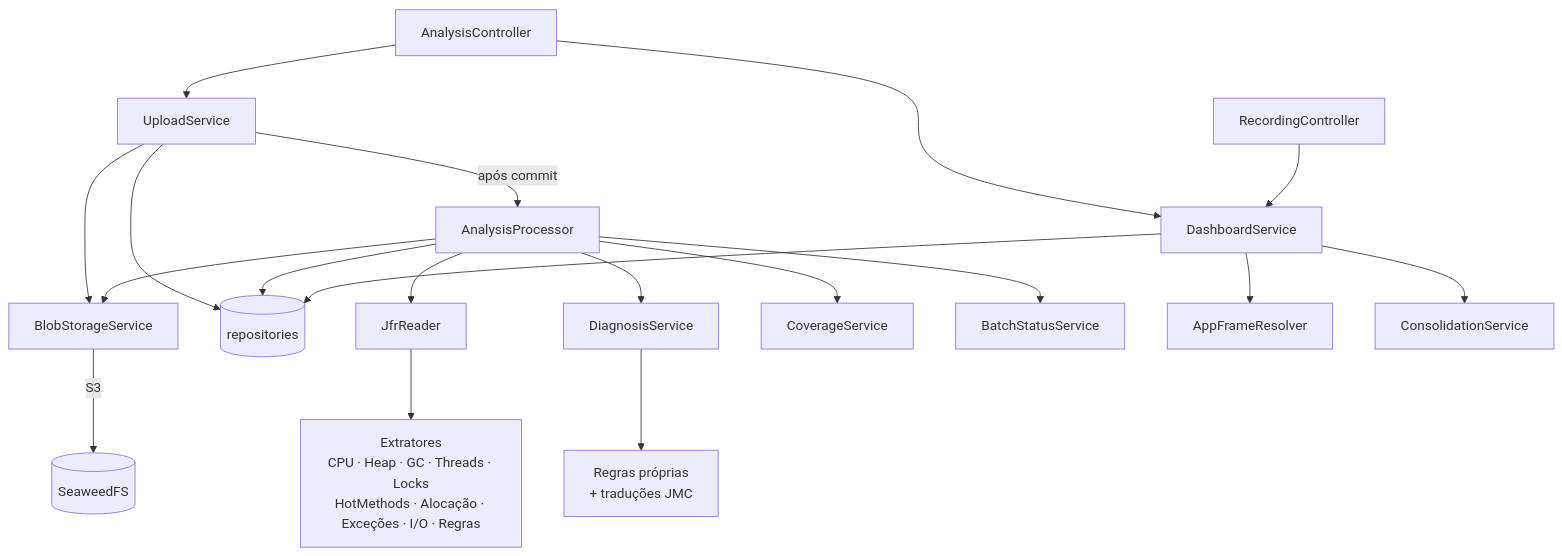
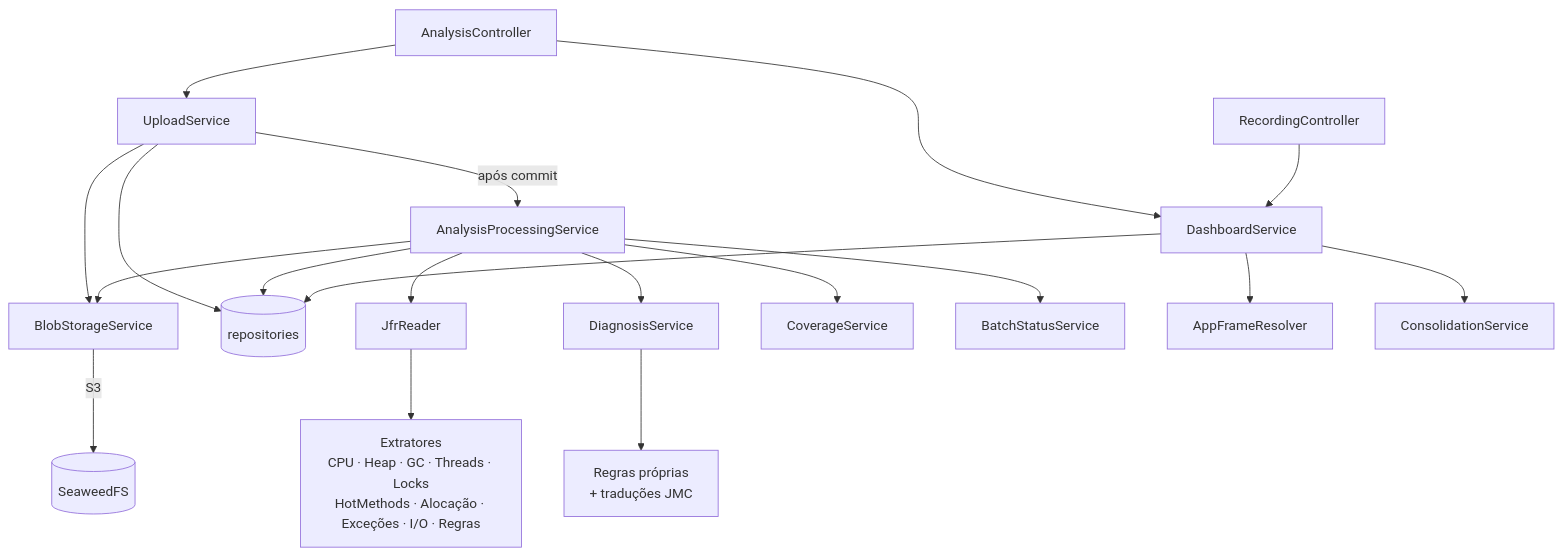
One commit to MaiconThales/jmc-ai-analyzer-api changed the first of 2 diagrams in jmc-ai-analyzer-api/v0.1.0/02 Arquitetura.md. Above: the diagram before and after it, drawn with Mermaid. The commit also changed other lines of this file and 242 other files, not shown here.

````diff
--- a/jmc-ai-analyzer-api/v0.1.0/02 Arquitetura.md
+++ b/jmc-ai-analyzer-api/v0.1.0/02 Arquitetura.md
@@ -75,21 +110,21 @@
 ```mermaid
 flowchart TB
     AC[AnalysisController] --> US[UploadService]
     AC --> DS[DashboardService]
     RC[RecordingController] --> DS
     US --> JS[BlobStorageService]
     AP --> JS
     JS -- S3 --> BL[(SeaweedFS)]
     US --> REPO[(repositories)]
-    US -- "após commit" --> AP[AnalysisProcessor]
+    US -- "após commit" --> AP[AnalysisProcessingService]
     AP --> JR[JfrReader]
     JR --> EX["Extratores<br/>CPU · Heap · GC · Threads · Locks<br/>HotMethods · Alocação · Exceções · I/O · Regras"]
     AP --> DG[DiagnosisService]
     DG --> RULES["Regras próprias<br/>+ traduções JMC"]
     AP --> CV[CoverageService]
     AP --> REPO
     AP --> BS[BatchStatusService]
     DS --> AF[AppFrameResolver]
     DS --> CS[ConsolidationService]
     DS --> REPO
 ```
````
